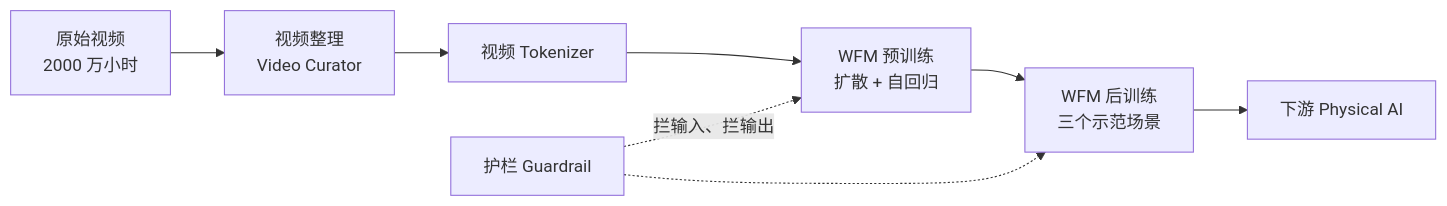
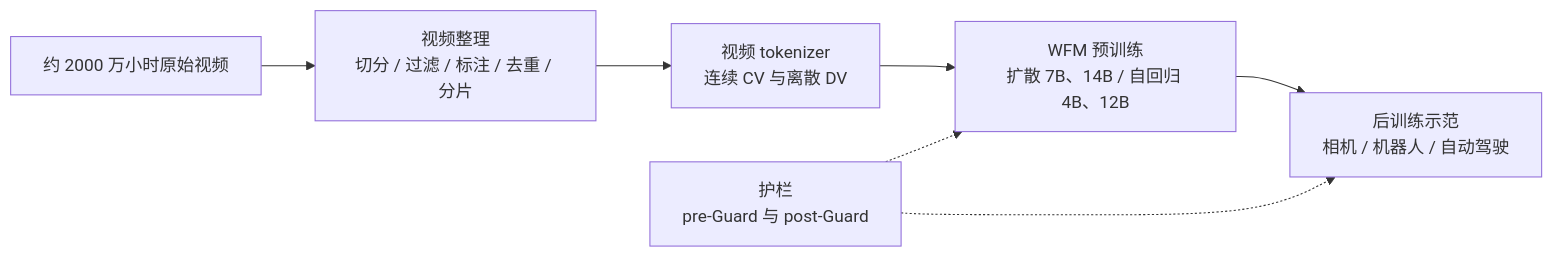
One commit to ChaoyuWang04/Orrery changed the first of 2 diagrams in reports/NVIDIA/Cosmos.md. Above: the diagram before and after it, drawn with Mermaid. The commit also changed other lines of this file and 42 other files, not shown here.

````diff
--- a/reports/NVIDIA/Cosmos.md
+++ b/reports/NVIDIA/Cosmos.md
@@ -84,10 +70,9 @@
 ```mermaid
 flowchart LR
-    RAW["原始视频<br/>2000 万小时"] --> CUR["视频整理<br/>Video Curator"]
-    CUR --> TOK["视频 Tokenizer"]
-    TOK --> PRE["WFM 预训练<br/>扩散 + 自回归"]
-    PRE --> POST["WFM 后训练<br/>三个示范场景"]
-    POST --> OUT["下游 Physical AI"]
-    GUARD["护栏 Guardrail"] -.->|"拦输入、拦输出"| PRE
+    RAW["约 2000 万小时原始视频"] --> CUR["视频整理<br/>切分 / 过滤 / 标注 / 去重 / 分片"]
+    CUR --> TOK["视频 tokenizer<br/>连续 CV 与离散 DV"]
+    TOK --> PRE["WFM 预训练<br/>扩散 7B、14B / 自回归 4B、12B"]
+    PRE --> POST["后训练示范<br/>相机 / 机器人 / 自动驾驶"]
+    GUARD["护栏<br/>pre-Guard 与 post-Guard"] -.-> PRE
     GUARD -.-> POST
 ```
````
